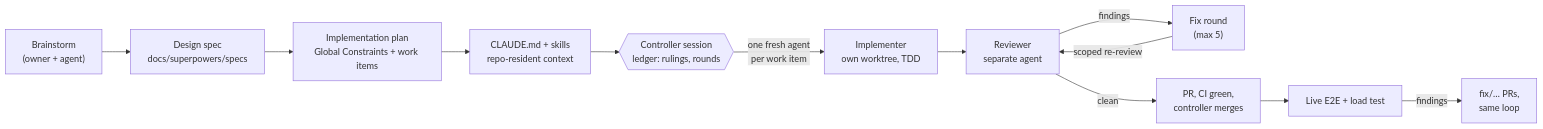
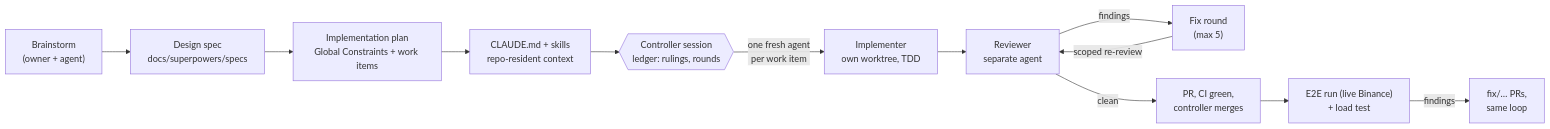
Before and after one commit to goofy5752/tickpulse: the diagram in engineering-notes.md, drawn with Mermaid. The commit also changed other lines of this file and 13 other files, not shown here.

````diff
--- a/engineering-notes.md
+++ b/engineering-notes.md
@@ -51,14 +55,14 @@
 ```mermaid
 flowchart LR
     B["Brainstorm<br/>(owner + agent)"] --> S["Design spec<br/>docs/superpowers/specs"]
     S --> P["Implementation plan<br/>Global Constraints + work items"]
     P --> C["CLAUDE.md + skills<br/>repo-resident context"]
     C --> L{{"Controller session<br/>ledger: rulings, rounds"}}
     L -->|"one fresh agent<br/>per work item"| I["Implementer<br/>own worktree, TDD"]
     I --> R["Reviewer<br/>separate agent"]
     R -->|"findings"| F["Fix round<br/>(max 5)"]
     F -->|"scoped re-review"| R
     R -->|"clean"| M["PR, CI green,<br/>controller merges"]
-    M --> E["Live E2E + load test"]
+    M --> E["E2E run (live Binance)<br/>+ load test"]
     E -->|"findings"| X["fix/… PRs,<br/>same loop"]
 ```
````
